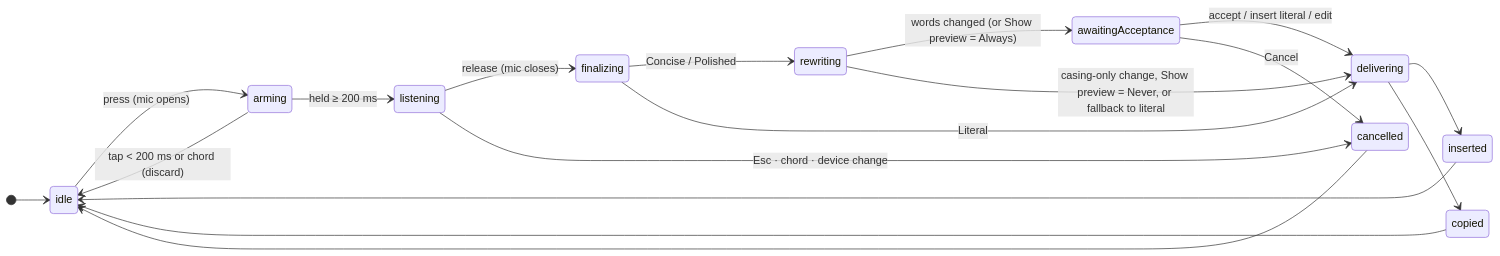
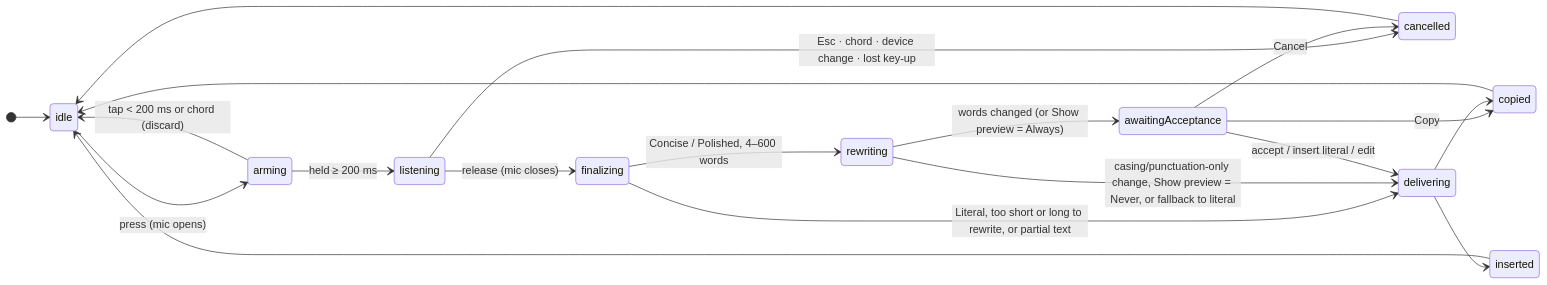
One commit to sbui056/speak changed the second of 3 diagrams in docs/architecture/v1.md. Above: the diagram before and after it, drawn with Mermaid. The commit also changed other lines of this file and 49 other files, not shown here.

````diff
--- a/docs/architecture/v1.md
+++ b/docs/architecture/v1.md
@@ -35,21 +35,22 @@
 ```mermaid
 stateDiagram-v2
   direction LR
   [*] --> idle
   idle --> arming: press (mic opens)
   arming --> idle: tap < 200 ms or chord (discard)
   arming --> listening: held ≥ 200 ms
   listening --> finalizing: release (mic closes)
-  listening --> cancelled: Esc · chord · device change
-  finalizing --> rewriting: Concise / Polished
-  finalizing --> delivering: Literal
+  listening --> cancelled: Esc · chord · device change · lost key-up
+  finalizing --> rewriting: Concise / Polished, 4–600 words
+  finalizing --> delivering: Literal, too short or long to rewrite, or partial text
   rewriting --> awaitingAcceptance: words changed (or Show preview = Always)
-  rewriting --> delivering: casing-only change, Show preview = Never, or fallback to literal
+  rewriting --> delivering: casing/punctuation-only change, Show preview = Never, or fallback to literal
   awaitingAcceptance --> delivering: accept / insert literal / edit
+  awaitingAcceptance --> copied: Copy
   awaitingAcceptance --> cancelled: Cancel
   delivering --> inserted
   delivering --> copied
   inserted --> idle
   copied --> idle
   cancelled --> idle
 ```
````
